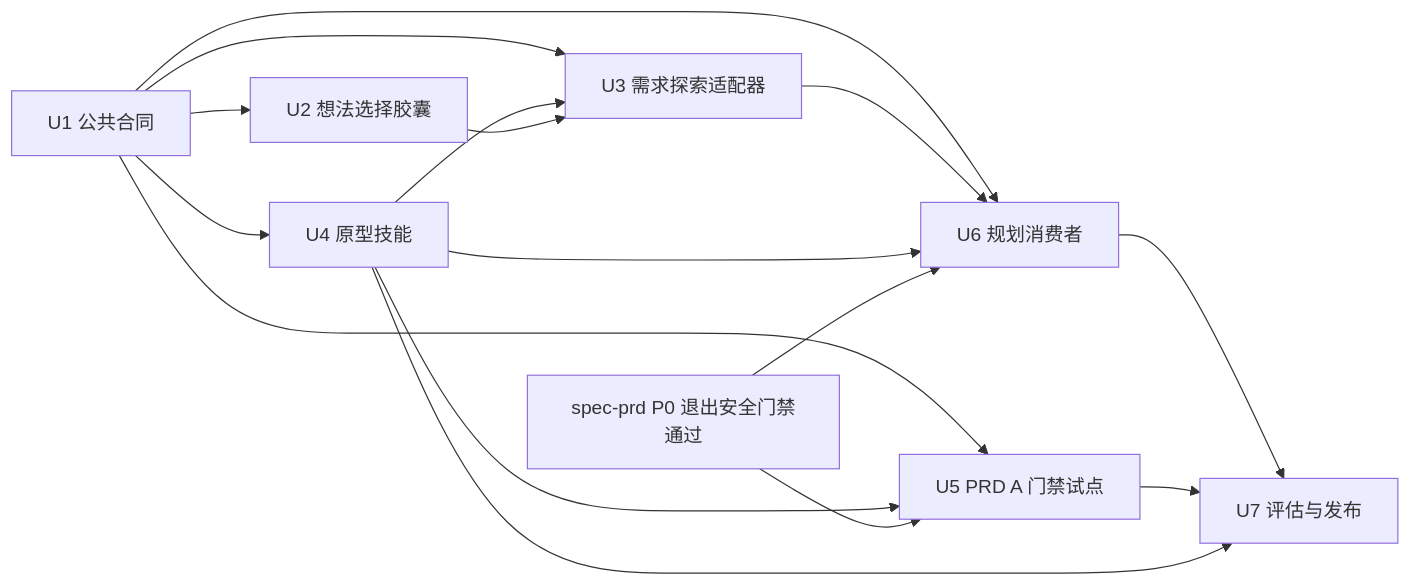
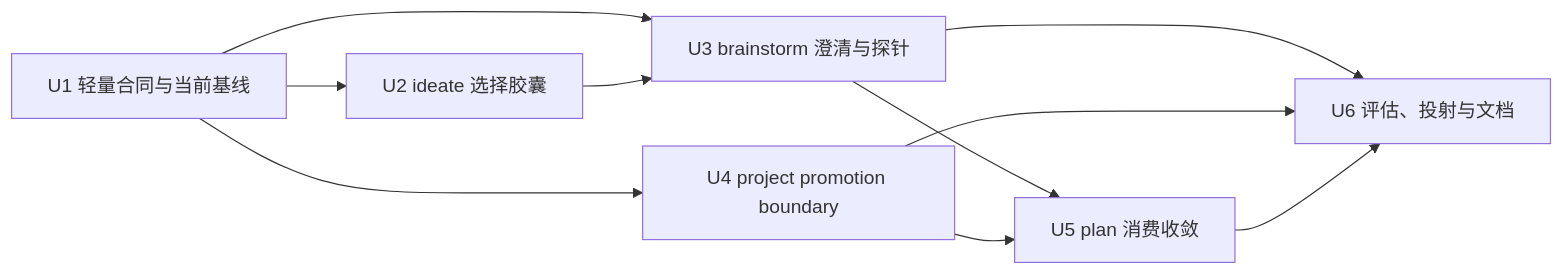
The third of 3 diagrams in docs/plans/2026-07-11-003-refactor-requirements-clarification-skills-integration-plan.md (leo-kuang-ai/spec-first), drawn with Mermaid before and after one commit. The commit also changed other lines of this file and 11 other files, not shown here.

````diff
--- a/docs/plans/2026-07-11-003-refactor-requirements-clarification-skills-integration-plan.md
+++ b/docs/plans/2026-07-11-003-refactor-requirements-clarification-skills-integration-plan.md
@@ -627,19 +346,12 @@
 ```mermaid
 flowchart LR
-  S[spec-prd P0 退出安全门禁通过]
-  U1[U1 公共合同] --> U2[U2 想法选择胶囊]
-  U1 --> U3[U3 需求探索适配器]
-  U1 --> U4[U4 原型技能]
-  U1 --> U5[U5 PRD A 门禁试点]
-  U1 --> U6[U6 规划消费者]
-  U3 --> U6[U6 规划消费者]
-  U4 --> U3
+  U1[U1 轻量合同与当前基线] --> U2[U2 ideate 选择胶囊]
+  U1 --> U3[U3 brainstorm 澄清与探针]
+  U1 --> U4[U4 project promotion boundary]
+  U2 --> U3
+  U3 --> U5[U5 plan 消费收敛]
   U4 --> U5
+  U3 --> U6[U6 评估、投射与文档]
   U4 --> U6
-  U2 --> U3
-  S --> U5
-  S --> U6
-  U6 --> U7[U7 评估与发布]
-  U5 --> U7
-  U4 --> U7
+  U5 --> U6
 ```
````
